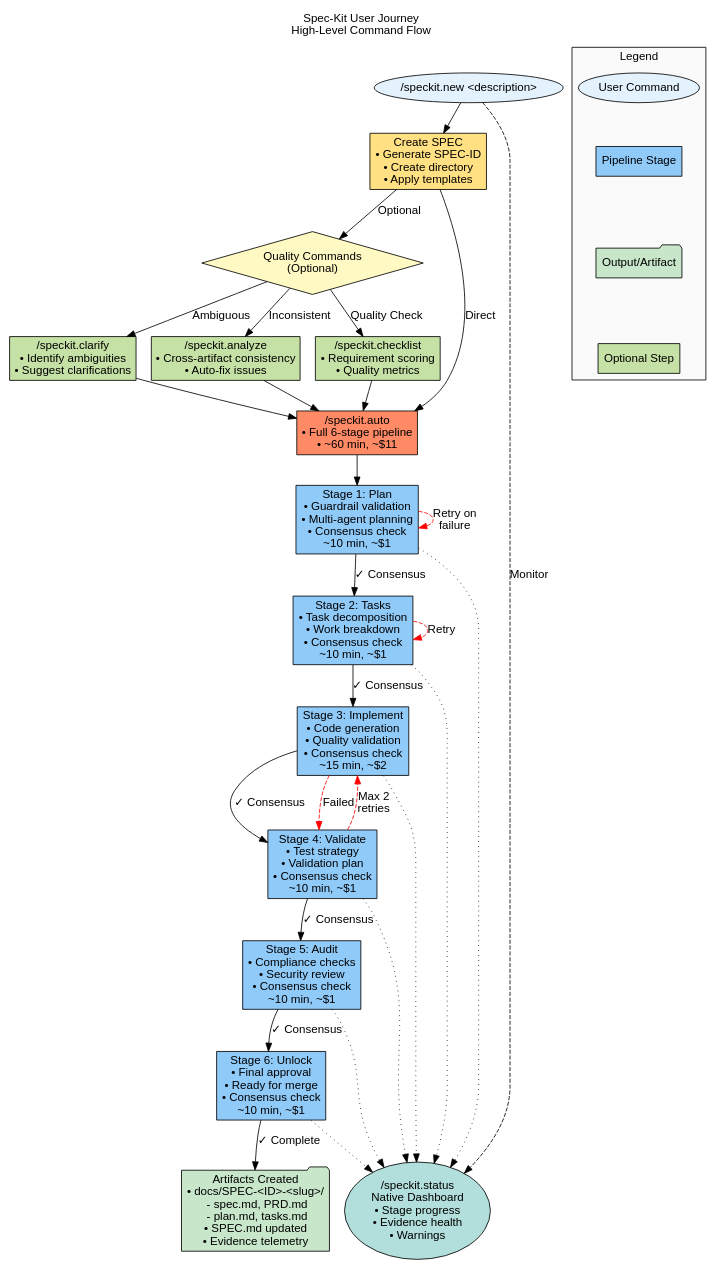
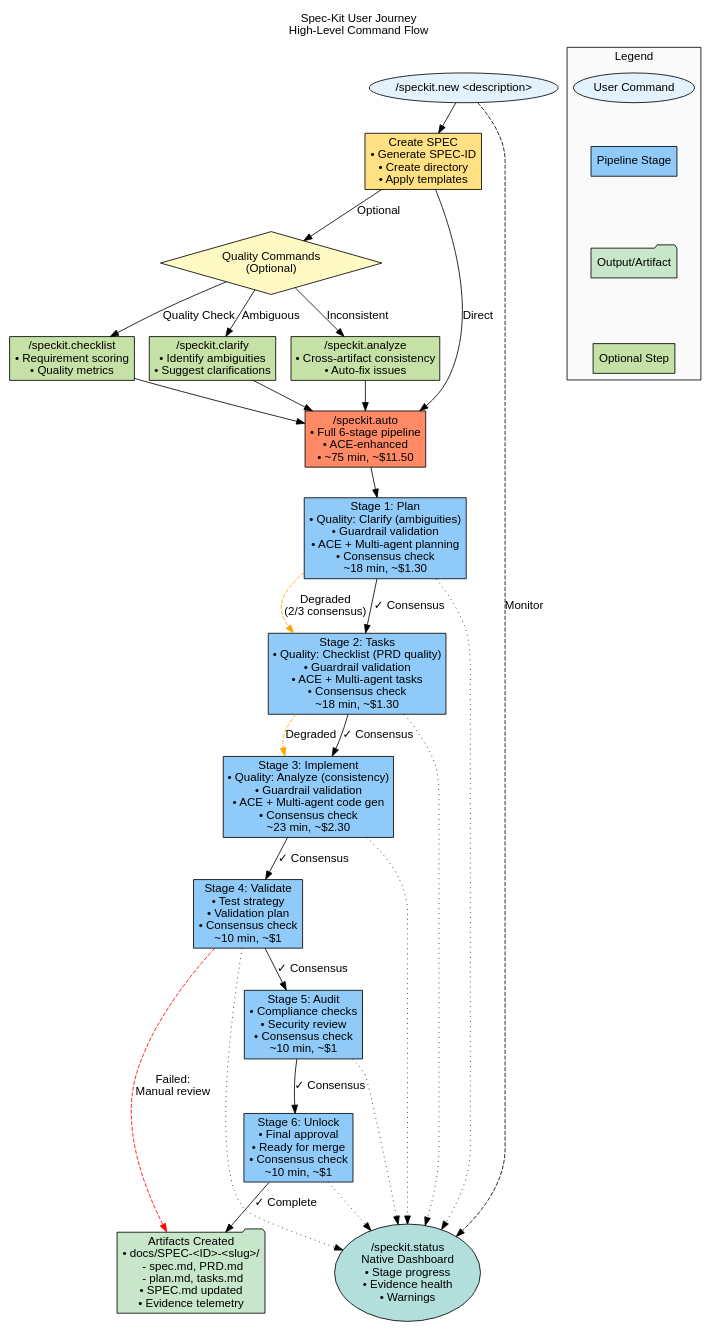
The diagram in diagrams/spec-kit/1-user-journey.dot (theturtlecsz/code), drawn with Graphviz before and after one commit. The commit also changed 6 other files, not shown here.

First line of the commit message:
docs(spec-kit): final diagrams + implementation complete summary

```diff
--- a/diagrams/spec-kit/1-user-journey.dot
+++ b/diagrams/spec-kit/1-user-journey.dot
@@ -1,87 +1,86 @@
 digraph spec_kit_user_journey {
     rankdir=TB;
     node [shape=box, style=rounded, fontname="Arial"];
     edge [fontname="Arial"];
 
     // Styling
     graph [fontname="Arial", fontsize=14, label="Spec-Kit User Journey\nHigh-Level Command Flow", labelloc=t];
 
     // User commands
     user [label="/speckit.new <description>", shape=oval, fillcolor="#E3F2FD", style="filled,rounded"];
 
     // Entry point
     new_spec [label="Create SPEC\n• Generate SPEC-ID\n• Create directory\n• Apply templates", fillcolor="#FFE082", style=filled];
 
     // Quality commands (optional)
     quality [label="Quality Commands\n(Optional)", shape=diamond, fillcolor="#FFF9C4", style=filled];
     clarify [label="/speckit.clarify\n• Identify ambiguities\n• Suggest clarifications", fillcolor="#C5E1A5", style=filled];
     analyze [label="/speckit.analyze\n• Cross-artifact consistency\n• Auto-fix issues", fillcolor="#C5E1A5", style=filled];
     checklist [label="/speckit.checklist\n• Requirement scoring\n• Quality metrics", fillcolor="#C5E1A5", style=filled];
 
     // Main automation
-    auto [label="/speckit.auto\n• Full 6-stage pipeline\n• ~60 min, ~$11", fillcolor="#FF8A65", style=filled];
+    auto [label="/speckit.auto\n• Full 6-stage pipeline\n• ACE-enhanced\n• ~75 min, ~$11.50", fillcolor="#FF8A65", style=filled];
 
     // Stage progression
-    plan [label="Stage 1: Plan\n• Guardrail validation\n• Multi-agent planning\n• Consensus check\n~10 min, ~$1", fillcolor="#90CAF9", style=filled];
-    tasks [label="Stage 2: Tasks\n• Task decomposition\n• Work breakdown\n• Consensus check\n~10 min, ~$1", fillcolor="#90CAF9", style=filled];
-    implement [label="Stage 3: Implement\n• Code generation\n• Quality validation\n• Consensus check\n~15 min, ~$2", fillcolor="#90CAF9", style=filled];
+    plan [label="Stage 1: Plan\n• Quality: Clarify (ambiguities)\n• Guardrail validation\n• ACE + Multi-agent planning\n• Consensus check\n~18 min, ~$1.30", fillcolor="#90CAF9", style=filled];
+    tasks [label="Stage 2: Tasks\n• Quality: Checklist (PRD quality)\n• Guardrail validation\n• ACE + Multi-agent tasks\n• Consensus check\n~18 min, ~$1.30", fillcolor="#90CAF9", style=filled];
+    implement [label="Stage 3: Implement\n• Quality: Analyze (consistency)\n• Guardrail validation\n• ACE + Multi-agent code gen\n• Consensus check\n~23 min, ~$2.30", fillcolor="#90CAF9", style=filled];
     validate [label="Stage 4: Validate\n• Test strategy\n• Validation plan\n• Consensus check\n~10 min, ~$1", fillcolor="#90CAF9", style=filled];
     audit [label="Stage 5: Audit\n• Compliance checks\n• Security review\n• Consensus check\n~10 min, ~$1", fillcolor="#90CAF9", style=filled];
     unlock [label="Stage 6: Unlock\n• Final approval\n• Ready for merge\n• Consensus check\n~10 min, ~$1", fillcolor="#90CAF9", style=filled];
 
     // Outputs
     artifacts [label="Artifacts Created\n• docs/SPEC-<ID>-<slug>/\n  - spec.md, PRD.md\n  - plan.md, tasks.md\n• SPEC.md updated\n• Evidence telemetry", shape=folder, fillcolor="#C8E6C9", style=filled];
 
     status [label="/speckit.status\nNative Dashboard\n• Stage progress\n• Evidence health\n• Warnings", shape=oval, fillcolor="#B2DFDB", style=filled];
 
     // Flow
     user -> new_spec;
     new_spec -> quality [label="Optional"];
     new_spec -> auto [label="Direct"];
 
     quality -> clarify [label="Ambiguous"];
     quality -> analyze [label="Inconsistent"];
     quality -> checklist [label="Quality Check"];
     clarify -> auto;
     analyze -> auto;
     checklist -> auto;
 
     auto -> plan;
     plan -> tasks [label="✓ Consensus"];
     tasks -> implement [label="✓ Consensus"];
     implement -> validate [label="✓ Consensus"];
     validate -> audit [label="✓ Consensus"];
     audit -> unlock [label="✓ Consensus"];
     unlock -> artifacts [label="✓ Complete"];
 
     // Status monitoring
     user -> status [style=dashed, label="Monitor"];
     plan -> status [style=dotted];
     tasks -> status [style=dotted];
     implement -> status [style=dotted];
     validate -> status [style=dotted];
     audit -> status [style=dotted];
     unlock -> status [style=dotted];
 
-    // Retry paths
-    plan -> plan [label="Retry on\nfailure", style=dashed, color=red];
-    tasks -> tasks [label="Retry", style=dashed, color=red];
-    implement -> validate [label="Failed", style=dashed, color=red];
-    validate -> implement [label="Max 2\nretries", style=dashed, color=red];
+    // Degraded mode paths
+    plan -> tasks [label="Degraded\n(2/3 consensus)", style=dashed, color=orange];
+    tasks -> implement [label="Degraded", style=dashed, color=orange];
+    validate -> artifacts [label="Failed:\nManual review", style=dashed, color=red];
 
     // Legend
     subgraph cluster_legend {
         label="Legend";
         style=filled;
         fillcolor="#FAFAFA";
 
         leg_cmd [label="User Command", shape=oval, fillcolor="#E3F2FD", style="filled,rounded"];
         leg_stage [label="Pipeline Stage", fillcolor="#90CAF9", style=filled];
         leg_output [label="Output/Artifact", shape=folder, fillcolor="#C8E6C9", style=filled];
         leg_optional [label="Optional Step", fillcolor="#C5E1A5", style=filled];
 
         leg_cmd -> leg_stage [style=invis];
         leg_stage -> leg_output [style=invis];
         leg_output -> leg_optional [style=invis];
     }
 }
```
